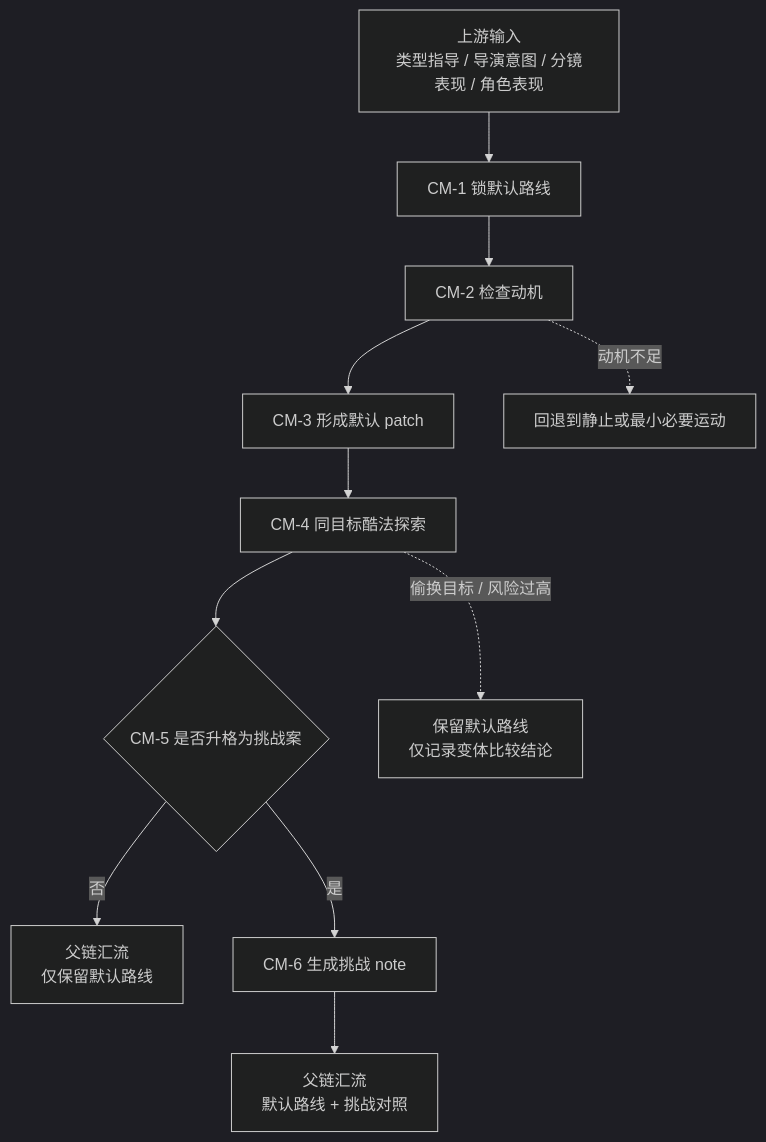
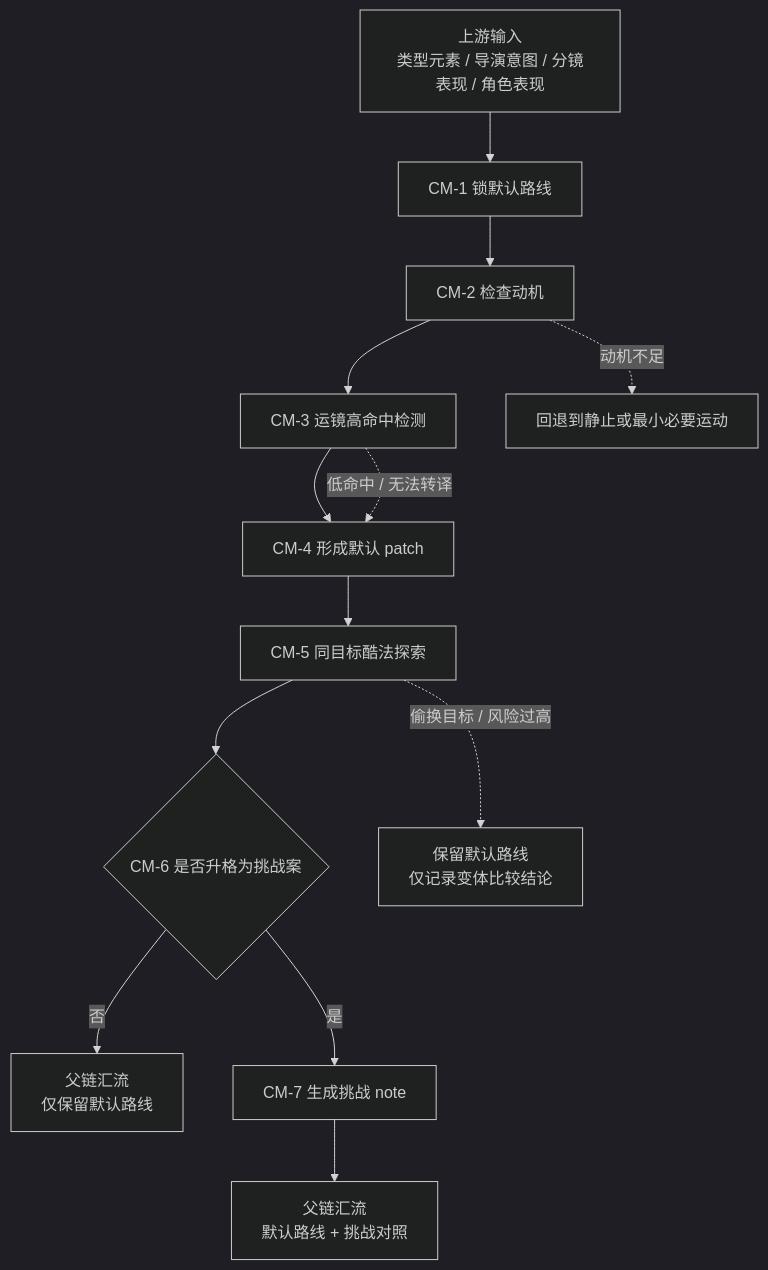
Before and after one commit to ZEN-VOID/AI-CUT: the diagram in .agents/skills/aigc/3-Detail/references/运镜手法.md, drawn with Mermaid (dark theme). The commit also changed other lines of this file and 259 other files, not shown here.

````diff
--- a/.agents/skills/aigc/3-Detail/references/运镜手法.md
+++ b/.agents/skills/aigc/3-Detail/references/运镜手法.md
@@ -47,13 +63,15 @@
 ```mermaid
 flowchart TD
-    U["上游输入<br/>类型指导 / 导演意图 / 分镜表现 / 角色表现"] --> CM1["CM-1 锁默认路线"]
+    U["上游输入<br/>类型元素 / 导演意图 / 分镜表现 / 角色表现"] --> CM1["CM-1 锁默认路线"]
     CM1 --> CM2["CM-2 检查动机"]
-    CM2 --> CM3["CM-3 形成默认 patch"]
-    CM3 --> CM4["CM-4 同目标酷法探索"]
-    CM4 --> CM5{"CM-5 是否升格为挑战案"}
-    CM5 -- "否" --> OUT1["父链汇流<br/>仅保留默认路线"]
-    CM5 -- "是" --> CM6["CM-6 生成挑战 note"]
-    CM6 --> OUT2["父链汇流<br/>默认路线 + 挑战对照"]
+    CM2 --> CM3["CM-3 运镜高命中检测"]
+    CM3 --> CM4["CM-4 形成默认 patch"]
+    CM4 --> CM5["CM-5 同目标酷法探索"]
+    CM5 --> CM6{"CM-6 是否升格为挑战案"}
+    CM6 -- "否" --> OUT1["父链汇流<br/>仅保留默认路线"]
+    CM6 -- "是" --> CM7["CM-7 生成挑战 note"]
+    CM7 --> OUT2["父链汇流<br/>默认路线 + 挑战对照"]
     CM2 -. "动机不足" .-> SAFE["回退到静止或最小必要运动"]
-    CM4 -. "偷换目标 / 风险过高" .-> SAFE2["保留默认路线<br/>仅记录变体比较结论"]
+    CM3 -. "低命中 / 无法转译" .-> CM4
+    CM5 -. "偷换目标 / 风险过高" .-> SAFE2["保留默认路线<br/>仅记录变体比较结论"]
 ```
````
